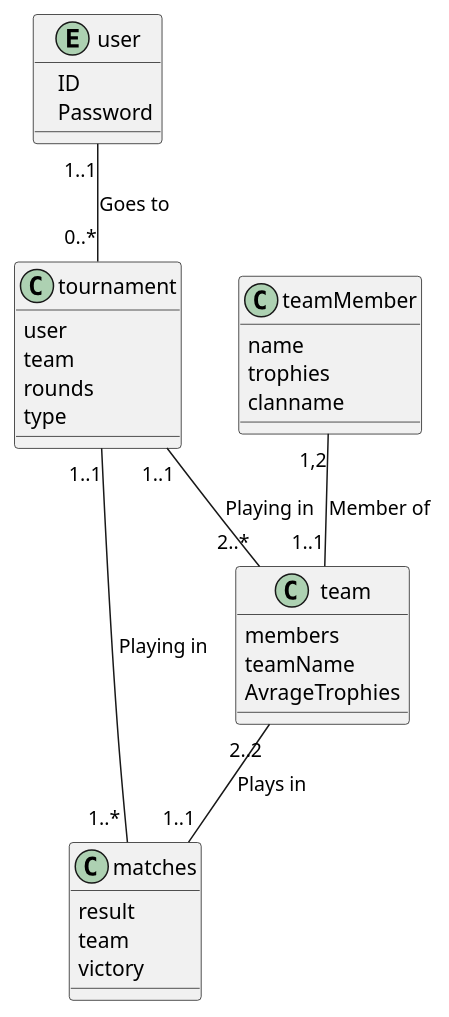
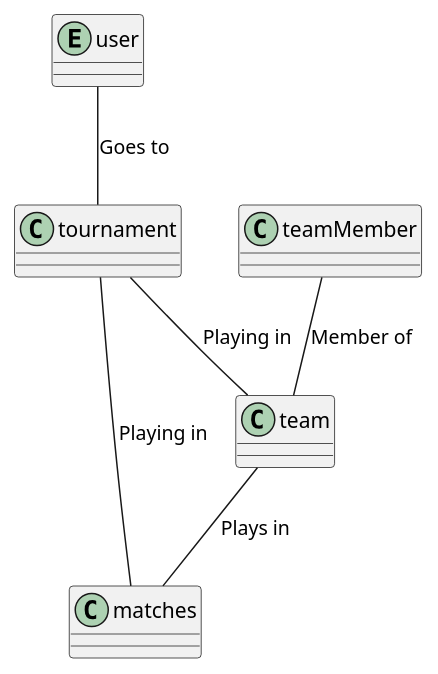
Before and after one commit to itzMesh/DCST1008-Prosjekt: the diagram in ProjektUML/Domainmodel.wsd, drawn with PlantUML. The commit also changed 1 other file, not shown here.

```diff
--- a/ProjektUML/Domainmodel.wsd
+++ b/ProjektUML/Domainmodel.wsd
@@ -1,45 +1,34 @@
 @startuml MachineBorderThicknes
 
 
 Entity user{
-    ⠀ID
-    ⠀Password
+
 }
 
 
 Class team{
-    members
-    teamName
-    AvrageTrophies
+   
 }
 
 class teamMember{
-    name
-    trophies
-    clanname
+   
 }
 
 Class tournament{
-    user
-    team
-    rounds
-    type
-}
+   }
 
 Class matches{
-    result
-    team
-    victory
+    
 }
 
 
 
 
 
 
-user "1..1" -- "0..*" tournament : Goes to
-teamMember "1,2" -- "1..1" team : Member of 
-tournament "1..1" -- "2..*"team : Playing in
-tournament "1..1" -- "1..* "matches : Playing in
-team"2..2"-- "1..1" matches : Plays in
+user  --  tournament : Goes to
+teamMember  --  team : Member of 
+tournament  -- team : Playing in
+tournament  --  matches : Playing in
+team --  matches : Plays in
 @enduml
```
